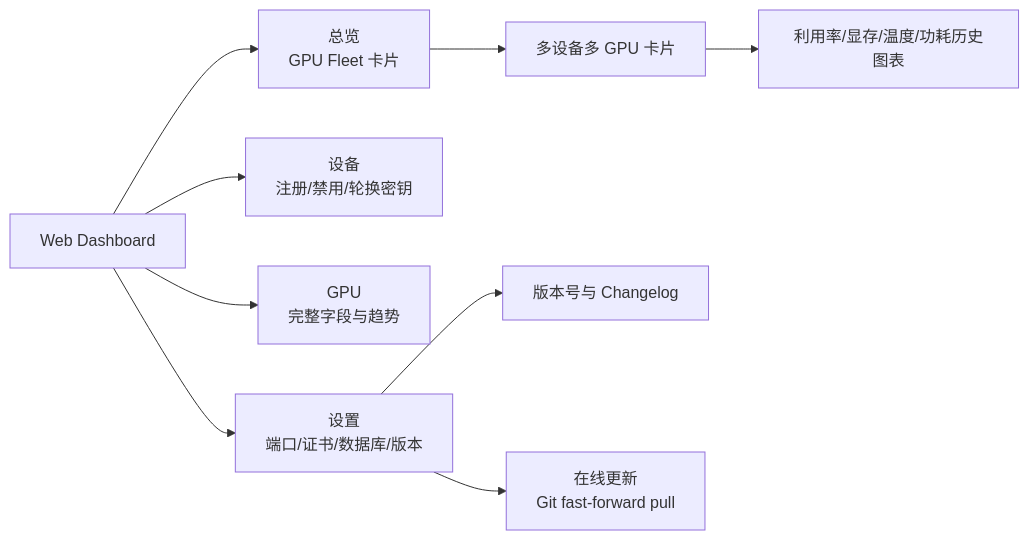
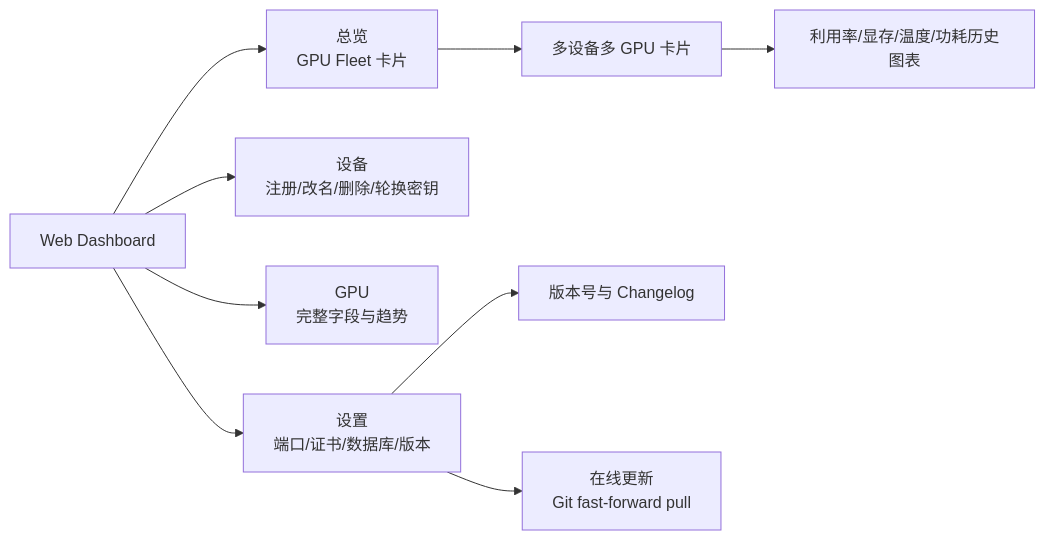
Before and after one commit to stlin256/GPU-Fleet: the sixth of 8 diagrams in README.md, drawn with Mermaid. The commit also changed other lines of this file and 18 other files, not shown here.

````diff
--- a/README.md
+++ b/README.md
@@ -302,11 +302,11 @@
 ```mermaid
 flowchart LR
   Web["Web Dashboard"] --> Overview["总览\nGPU Fleet 卡片"]
-  Web --> Devices["设备\n注册/禁用/轮换密钥"]
+  Web --> Devices["设备\n注册/改名/删除/轮换密钥"]
   Web --> GPUs["GPU\n完整字段与趋势"]
   Web --> Settings["设置\n端口/证书/数据库/版本"]
   Overview --> Cards["多设备多 GPU 卡片"]
   Cards --> Charts["利用率/显存/温度/功耗历史图表"]
   Settings --> Release["版本号与 Changelog"]
   Settings --> Update["在线更新\nGit fast-forward pull"]
 ```
````
